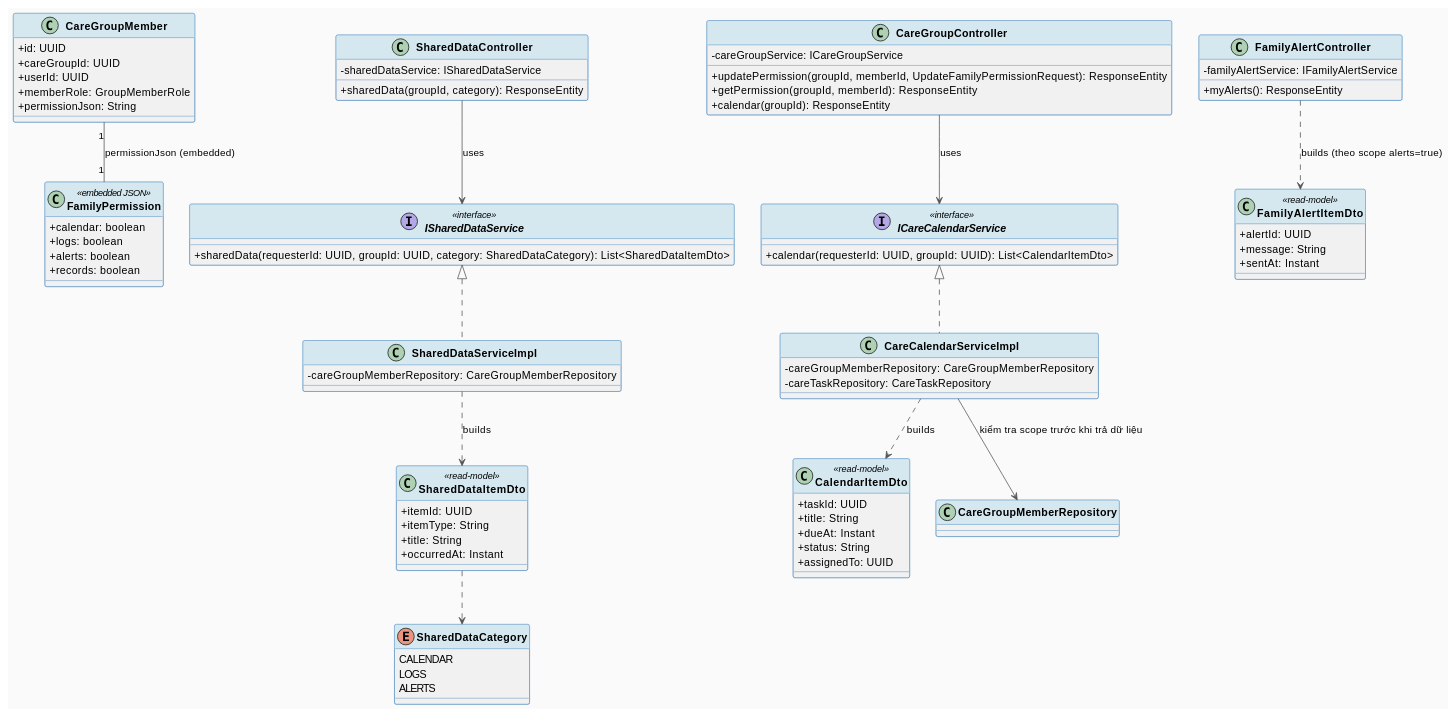
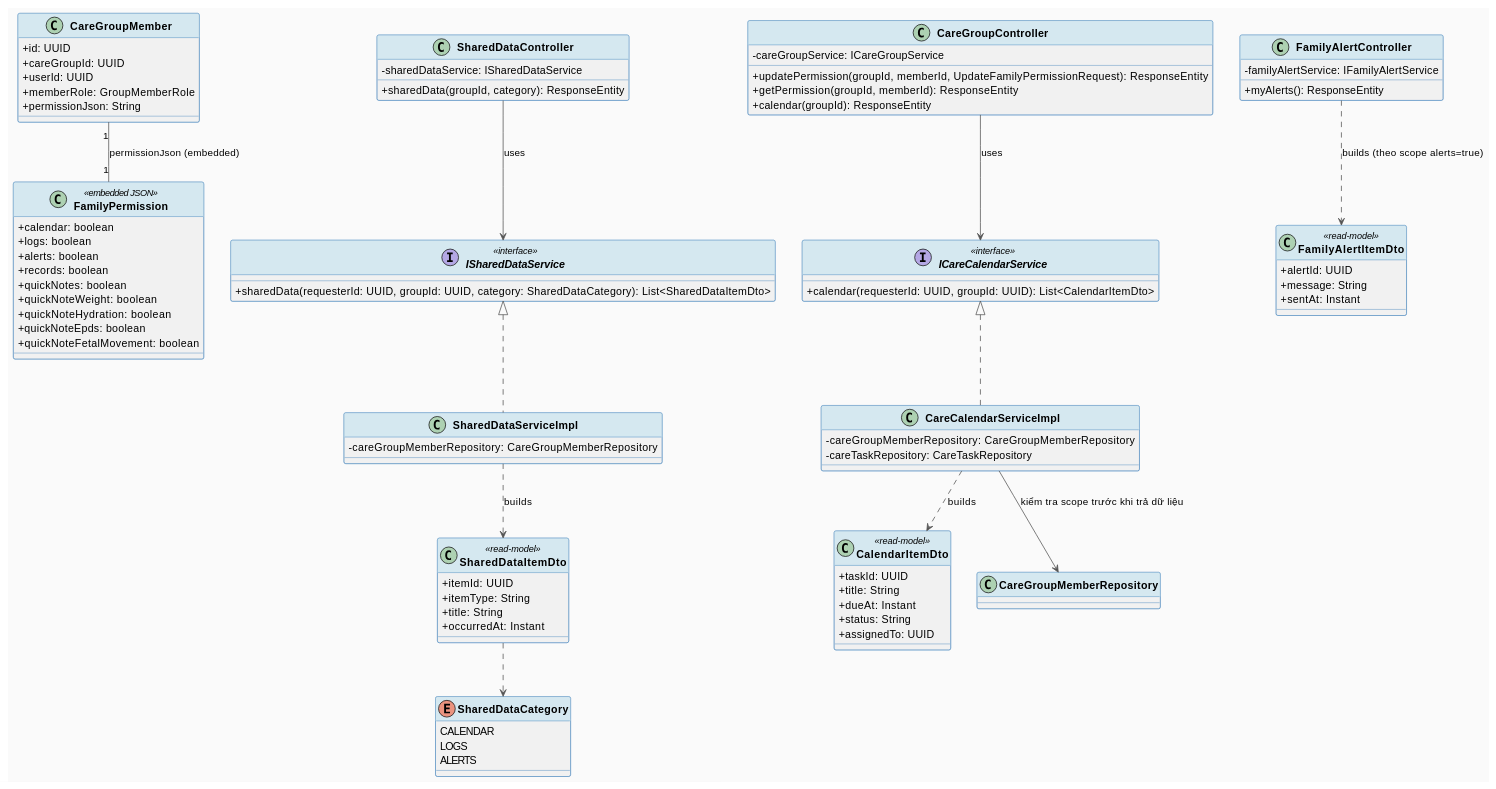
One commit to ChuongBDHE172784/CareBridge_SEP490_G79 changed the first of 3 diagrams in docs/Detailed_Design/MF10_Family_Sync_Cooperative_Care/02_Family_Permission_Shared_Visibility.md. Above: the diagram before and after it, drawn with PlantUML. The commit also changed other lines of this file and 20 other files, not shown here.

```diff
--- a/docs/Detailed_Design/MF10_Family_Sync_Cooperative_Care/02_Family_Permission_Shared_Visibility.md
+++ b/docs/Detailed_Design/MF10_Family_Sync_Cooperative_Care/02_Family_Permission_Shared_Visibility.md
@@ -45,6 +46,11 @@
   + logs: boolean
   + alerts: boolean
   + records: boolean
+  + quickNotes: boolean
+  + quickNoteWeight: boolean
+  + quickNoteHydration: boolean
+  + quickNoteEpds: boolean
+  + quickNoteFetalMovement: boolean
 }
 
 enum SharedDataCategory {
```
